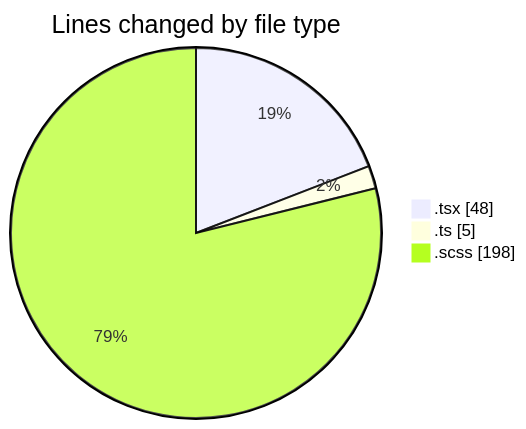
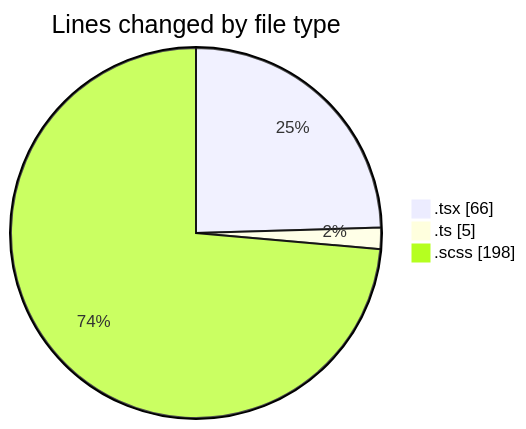
Before and after one commit to momahboobian/code-tracking: the first of 2 diagrams in 2025-02-28/cda/README.md, drawn with Mermaid. The commit also changed other lines of this file and 1 other file, not shown here.

````diff
--- a/2025-02-28/cda/README.md
+++ b/2025-02-28/cda/README.md
@@ -24,7 +24,7 @@
 ```mermaid
 pie showData
 title Lines changed by file type
-".tsx" : 48
+".tsx" : 66
 ".ts" : 5
 ".scss" : 198
 ```
````
